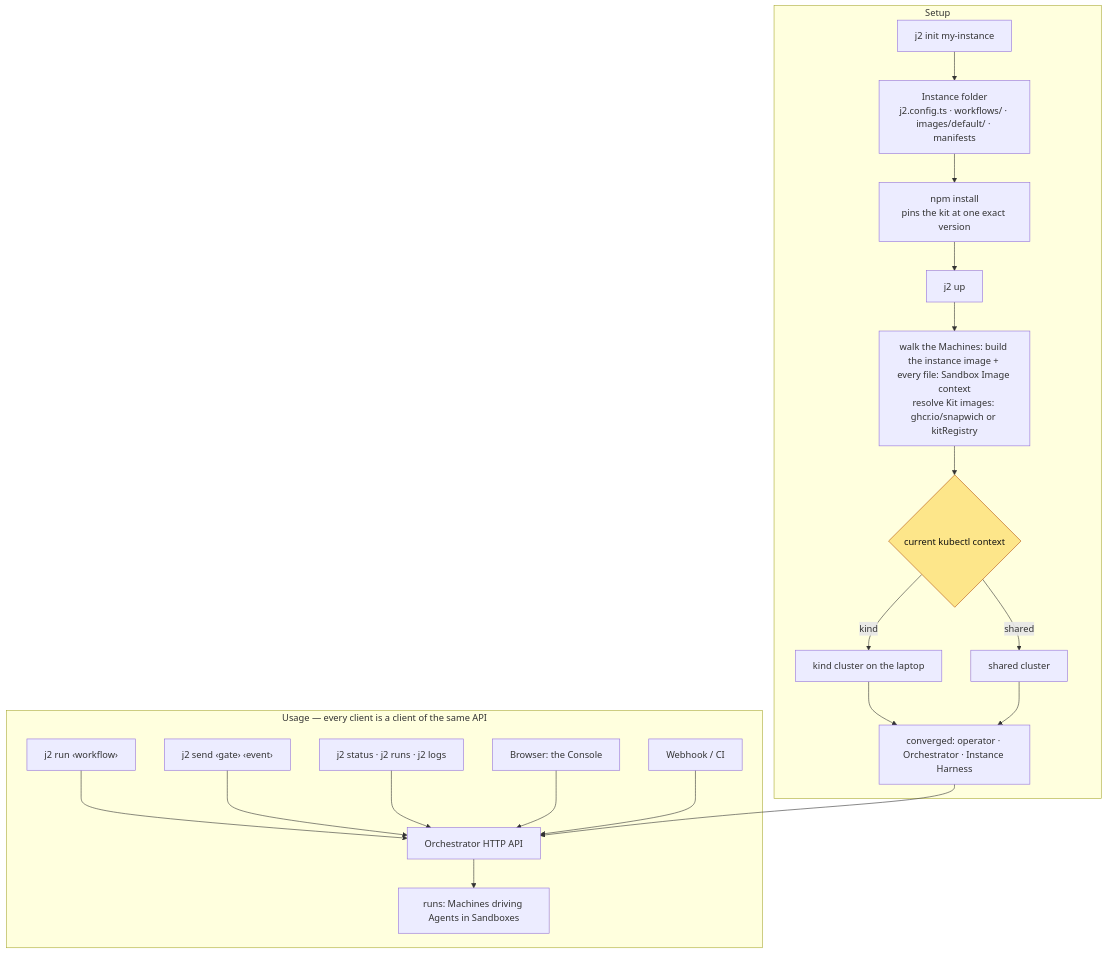
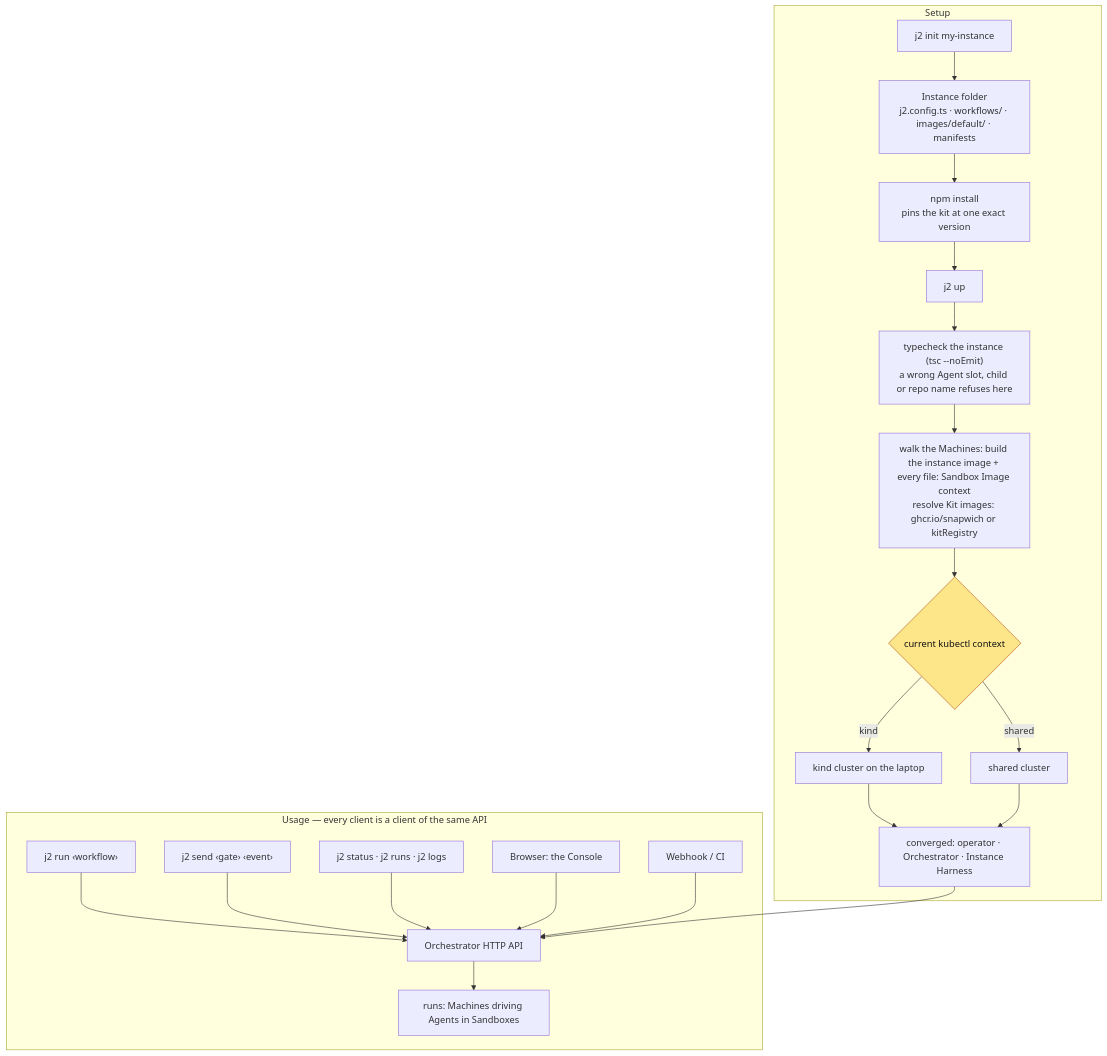
One commit to snapwich/jr2 changed the third of 4 diagrams in docs/architecture.md. Above: the diagram before and after it, drawn with Mermaid. The commit also changed other lines of this file and 13 other files, not shown here.

````diff
--- a/docs/architecture.md
+++ b/docs/architecture.md
@@ -177,28 +177,29 @@
 ```mermaid
 flowchart TB
   subgraph setup["Setup"]
     init["j2 init my-instance"] --> folder["Instance folder<br/>j2.config.ts · workflows/ · images/default/ · manifests"]
     folder --> install["npm install<br/>pins the kit at one exact version"]
     install --> up["j2 up"]
-    up --> imgs["walk the Machines: build the instance image + every file: Sandbox Image context<br/>resolve Kit images: ghcr.io/snapwich or kitRegistry"]
+    up --> tsc["typecheck the instance (tsc --noEmit)<br/>a wrong Agent slot, child or repo name refuses here"]
+    tsc --> imgs["walk the Machines: build the instance image + every file: Sandbox Image context<br/>resolve Kit images: ghcr.io/snapwich or kitRegistry"]
     imgs --> ctx{"current kubectl context"}
     ctx -->|kind| kind["kind cluster on the laptop"]
     ctx -->|shared| shared["shared cluster"]
     kind --> conv["converged: operator · Orchestrator · Instance Harness"]
     shared --> conv
   end
 
   subgraph usage["Usage — every client is a client of the same API"]
     run["j2 run ‹workflow›"] --> api["Orchestrator HTTP API"]
     send["j2 send ‹gate› ‹event›"] --> api
     status["j2 status · j2 runs · j2 logs"] --> api
     console["Browser: the Console"] --> api
     hook["Webhook / CI"] --> api
     api --> runs["runs: Machines driving Agents in Sandboxes"]
   end
 
   conv --> api
 
   classDef fork fill:#fde68a,stroke:#b45309,color:#111
   class ctx fork
 ```
````
